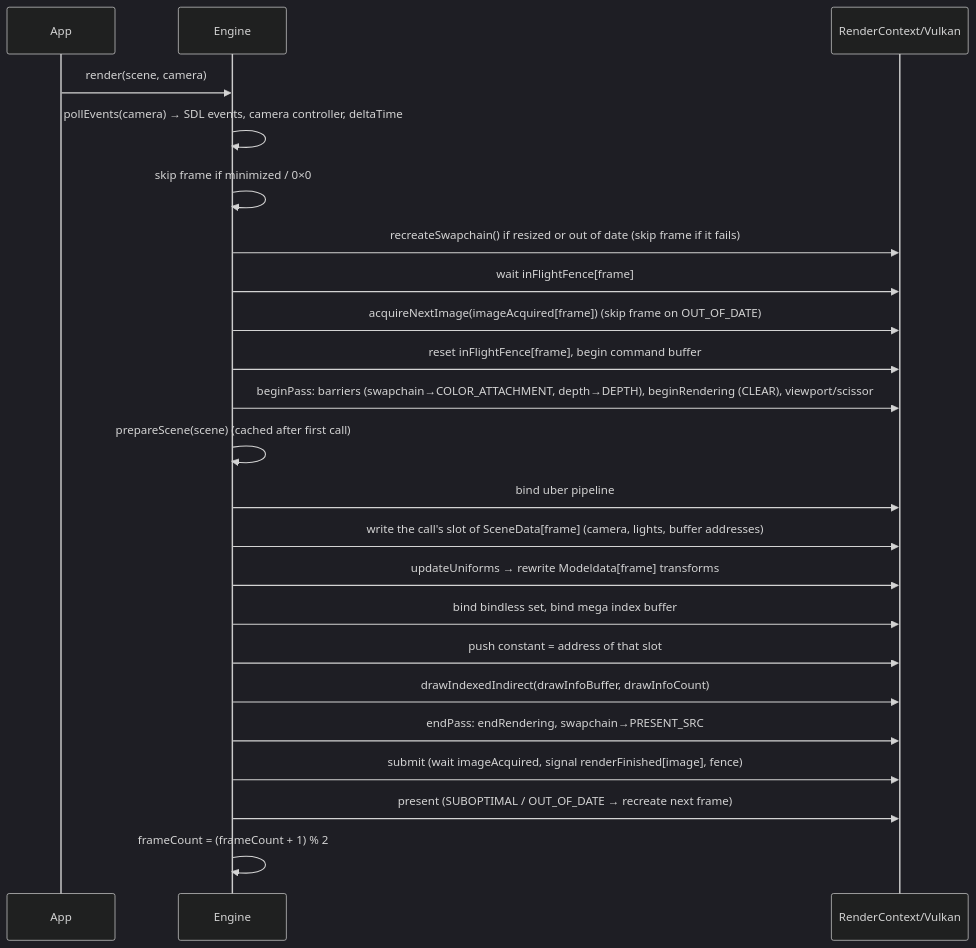
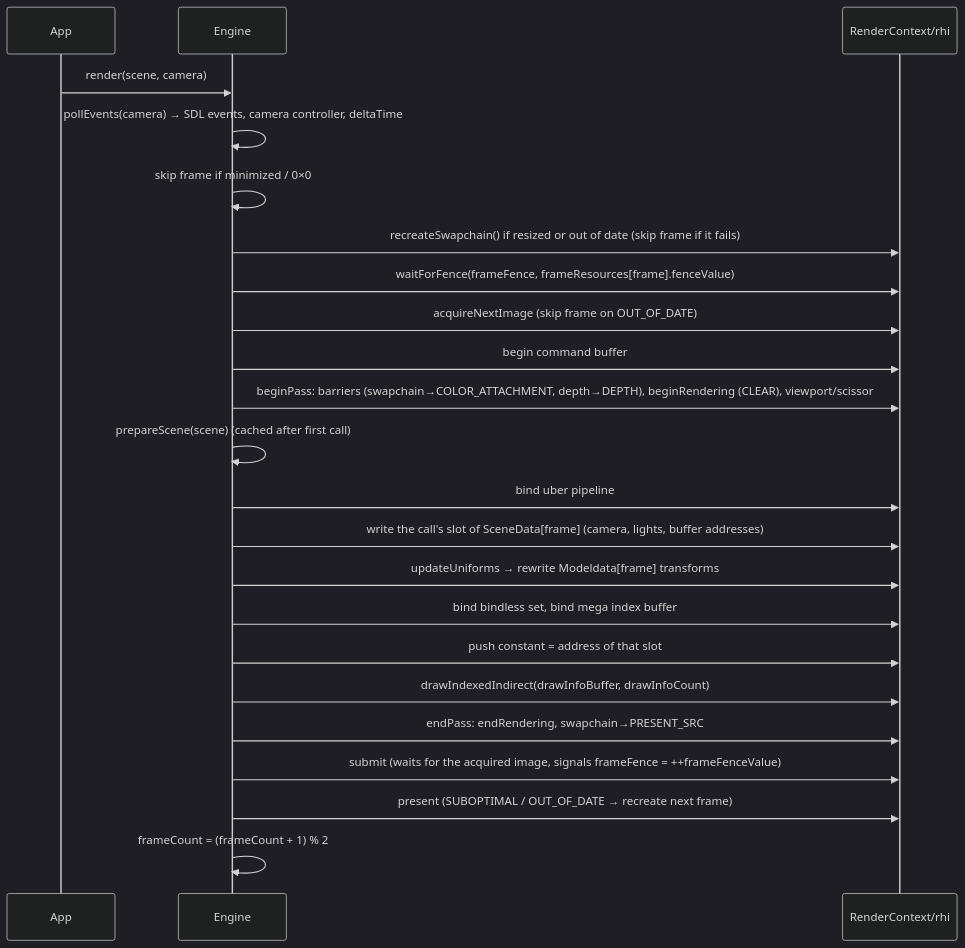
The second of 3 diagrams in docs/architecture.md (adel-elmala/rasm), drawn with Mermaid (dark theme) before and after one commit. The commit also changed other lines of this file and 35 other files, not shown here.

````diff
--- a/docs/architecture.md
+++ b/docs/architecture.md
@@ -77,25 +80,25 @@
 ```mermaid
 sequenceDiagram
     participant App
     participant E as Engine
-    participant C as RenderContext/Vulkan
+    participant C as RenderContext/rhi
     App->>E: render(scene, camera)
     E->>E: pollEvents(camera) → SDL events, camera controller, deltaTime
     E->>E: skip frame if minimized / 0×0
     E->>C: recreateSwapchain() if resized or out of date (skip frame if it fails)
-    E->>C: wait inFlightFence[frame]
-    E->>C: acquireNextImage(imageAcquired[frame]) (skip frame on OUT_OF_DATE)
-    E->>C: reset inFlightFence[frame], begin command buffer
+    E->>C: waitForFence(frameFence, frameResources[frame].fenceValue)
+    E->>C: acquireNextImage (skip frame on OUT_OF_DATE)
+    E->>C: begin command buffer
     E->>C: beginPass: barriers (swapchain→COLOR_ATTACHMENT, depth→DEPTH), beginRendering (CLEAR), viewport/scissor
     E->>E: prepareScene(scene) (cached after first call)
     E->>C: bind uber pipeline
     E->>C: write the call's slot of SceneData[frame] (camera, lights, buffer addresses)
     E->>C: updateUniforms → rewrite Modeldata[frame] transforms
     E->>C: bind bindless set, bind mega index buffer
     E->>C: push constant = address of that slot
     E->>C: drawIndexedIndirect(drawInfoBuffer, drawInfoCount)
     E->>C: endPass: endRendering, swapchain→PRESENT_SRC
-    E->>C: submit (wait imageAcquired, signal renderFinished[image], fence)
+    E->>C: submit (waits for the acquired image, signals frameFence = ++frameFenceValue)
     E->>C: present (SUBOPTIMAL / OUT_OF_DATE → recreate next frame)
     E->>E: frameCount = (frameCount + 1) % 2
 ```
````
